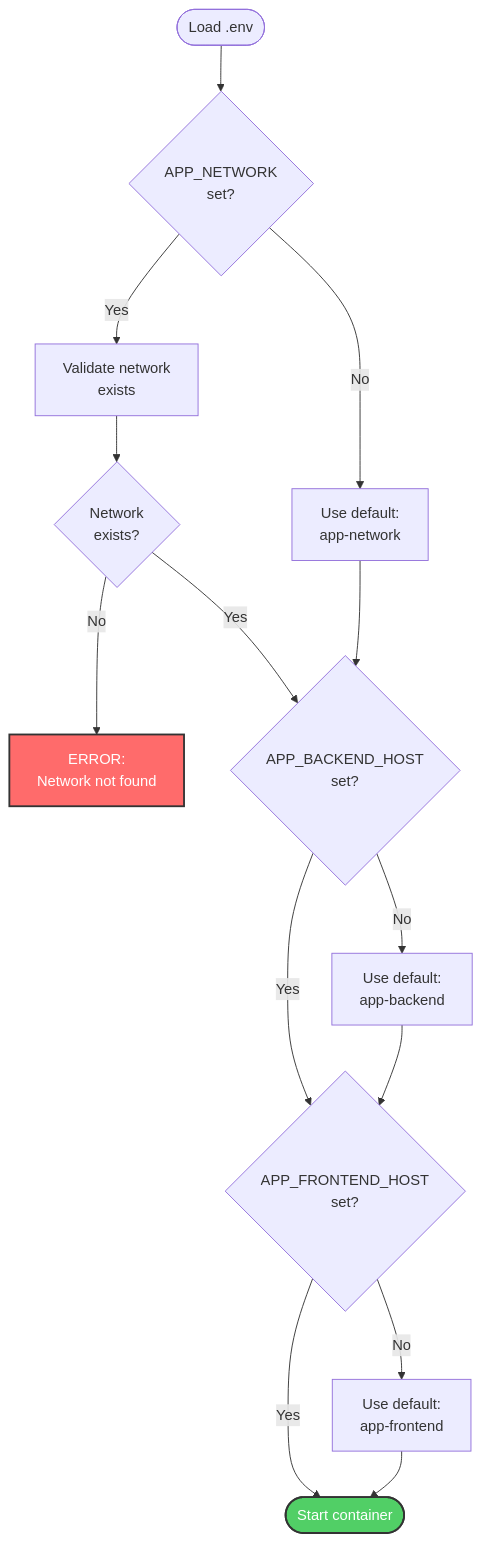
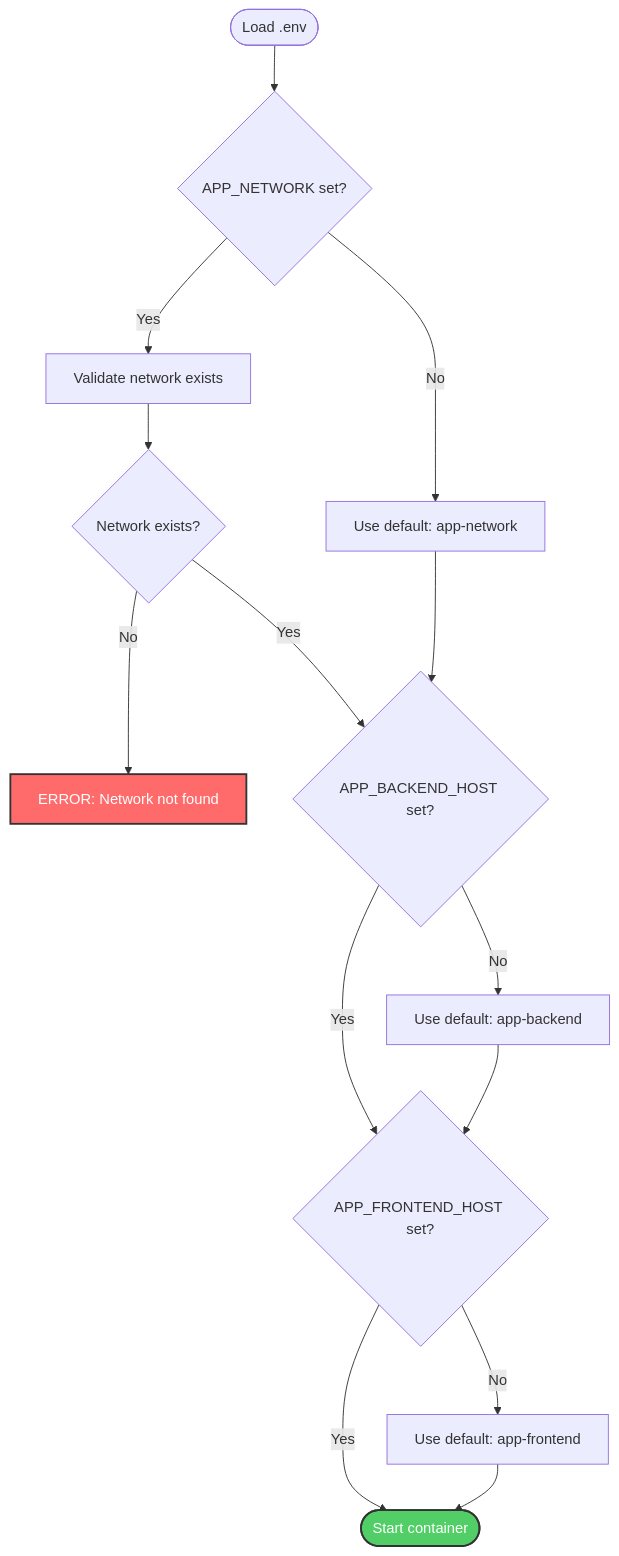
Before and after one commit to softwarewrighter/dev-proxy: the second of 4 diagrams in wiki/Configuration.md, drawn with Mermaid. The commit also changed other lines of this file and 6 other files, not shown here.

First line of the commit message:
Fix wiki Mermaid diagrams: remove <br/> tags

````diff
--- a/wiki/Configuration.md
+++ b/wiki/Configuration.md
@@ -51,25 +51,25 @@
 ```mermaid
 graph TD
-    Start([Load .env]) --> CheckNetwork{APP_NETWORK<br/>set?}
-    CheckNetwork -->|No| UseDefault1[Use default:<br/>app-network]
-    CheckNetwork -->|Yes| ValidateNetwork[Validate network<br/>exists]
+    Start([Load .env]) --> CheckNetwork{APP_NETWORK set?}
+    CheckNetwork -->|No| UseDefault1[Use default: app-network]
+    CheckNetwork -->|Yes| ValidateNetwork[Validate network exists]
 
-    ValidateNetwork --> NetworkOK{Network<br/>exists?}
-    NetworkOK -->|No| Error1[ERROR:<br/>Network not found]
-    NetworkOK -->|Yes| CheckBackend{APP_BACKEND_HOST<br/>set?}
+    ValidateNetwork --> NetworkOK{Network exists?}
+    NetworkOK -->|No| Error1[ERROR: Network not found]
+    NetworkOK -->|Yes| CheckBackend{APP_BACKEND_HOST set?}
 
     UseDefault1 --> CheckBackend
 
-    CheckBackend -->|No| UseDefault2[Use default:<br/>app-backend]
-    CheckBackend -->|Yes| CheckFrontend{APP_FRONTEND_HOST<br/>set?}
+    CheckBackend -->|No| UseDefault2[Use default: app-backend]
+    CheckBackend -->|Yes| CheckFrontend{APP_FRONTEND_HOST set?}
 
     UseDefault2 --> CheckFrontend
 
-    CheckFrontend -->|No| UseDefault3[Use default:<br/>app-frontend]
+    CheckFrontend -->|No| UseDefault3[Use default: app-frontend]
     CheckFrontend -->|Yes| Success([Start container])
 
     UseDefault3 --> Success
 
     style Error1 fill:#ff6b6b,stroke:#333,stroke-width:2px,color:#fff
     style Success fill:#51cf66,stroke:#333,stroke-width:2px,color:#fff
 ```
````
